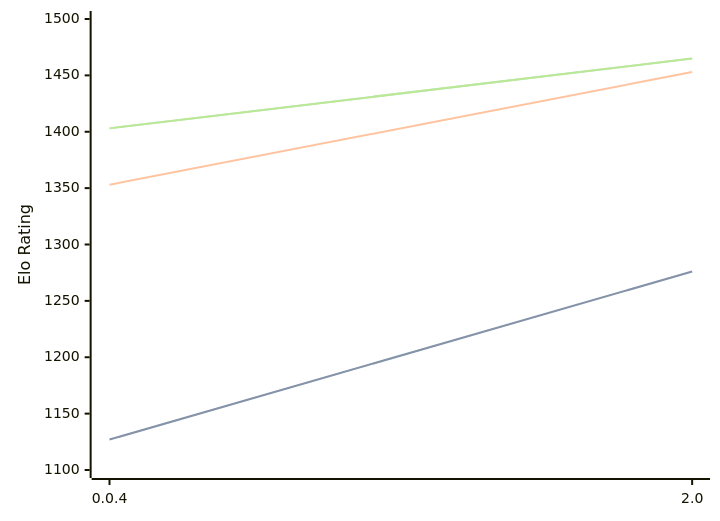
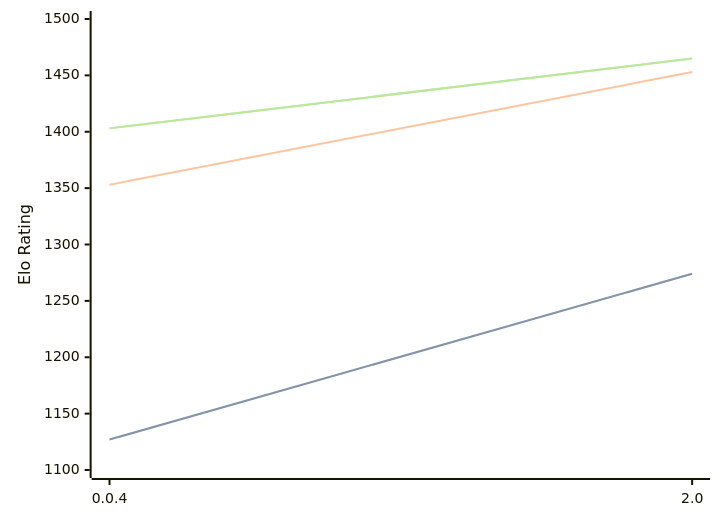
The diagram in engines/Oops!Mate.md (computer-chess-index/cci), drawn with Mermaid before and after one commit. The commit also changed other lines of this file, not shown here.

````diff
--- a/engines/Oops!Mate.md
+++ b/engines/Oops!Mate.md
@@ -52,11 +52,11 @@
 ```mermaid
 %%{init: {"theme":"base","themeVariables":{"seriesColors:['#a3a3a3','#222221','#faa371']}}}%%
 xychart-beta
   x-axis ["0.0.4", "2.0"]
   y-axis "Elo Rating" 1100 --> 1500
-  line "STC (8.0+0.08s)" [1127, 1276]
-  line "STC (8.0+0.08s)" [1127, 1276]
+  line "STC (8.0+0.08s)" [1127, 1274]
+  line "STC (8.0+0.08s)" [1127, 1274]
   line "LTC (60.0+0.60s)" [1353, 1453]
   line "VLTC (2m24s+1.12s)" [1403, 1465]
   line "VLTC (2m24s+1.12s)" [1403, 1465]
 ```
````
